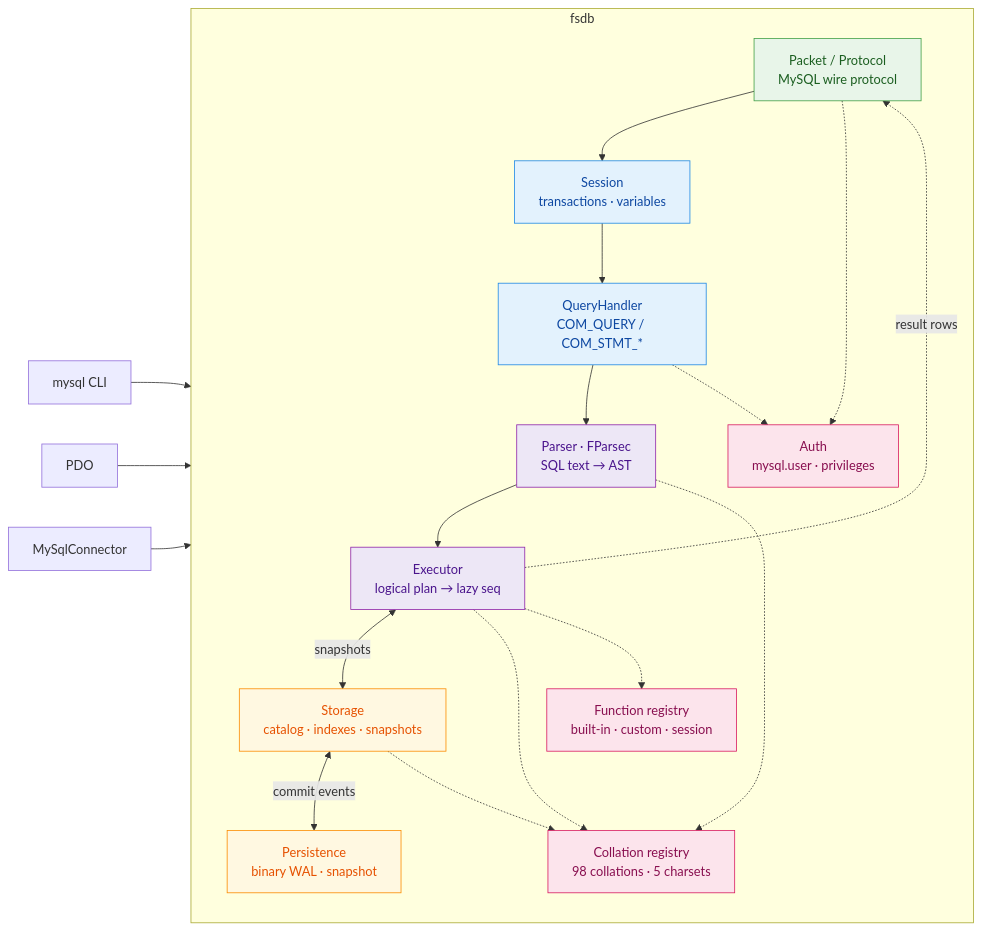
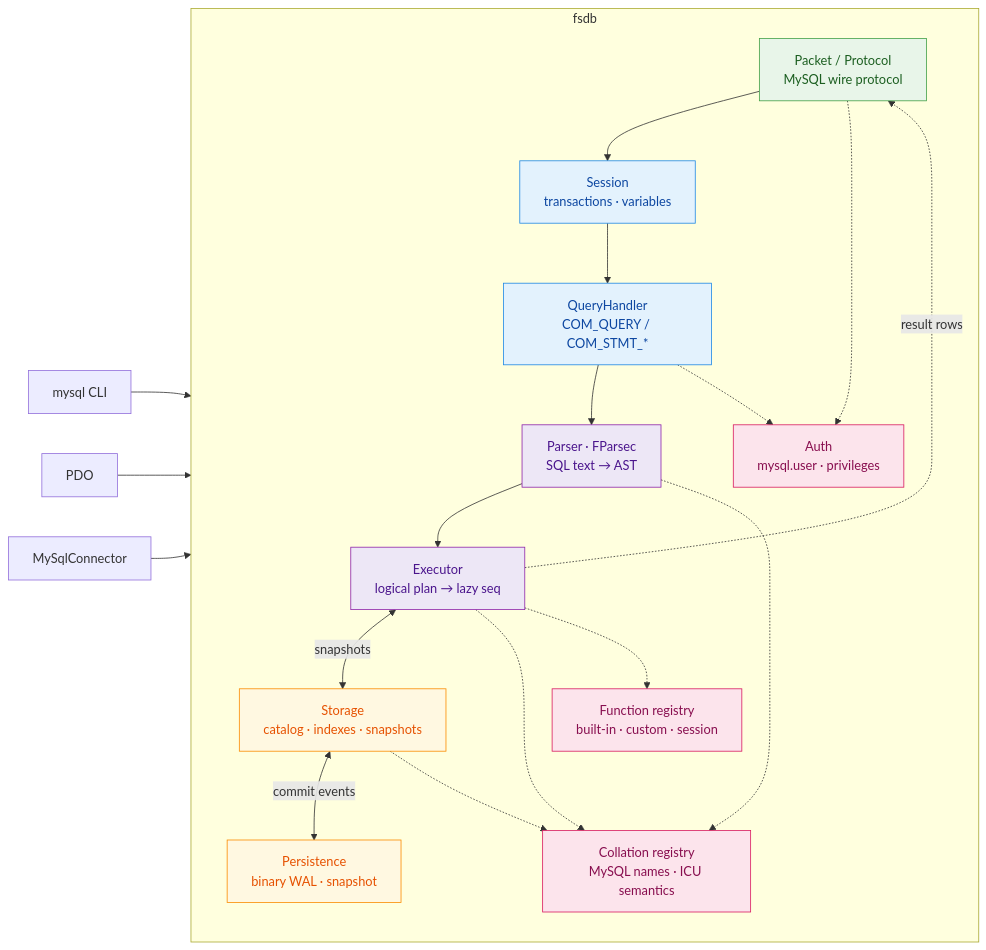
One commit to HelgeSverre/fsdb changed the diagram in README.md. Above: the diagram before and after it, drawn with Mermaid. The commit also changed 2 other files, not shown here.

Commit message:
Remove stale documentation counts

````diff
--- a/README.md
+++ b/README.md
@@ -144,40 +144,40 @@
 ```mermaid
 flowchart LR
     CLI["mysql CLI"] --> WIRE
     PDO["PDO"] --> WIRE
     CON["MySqlConnector"] --> WIRE
 
     subgraph fsdb["fsdb"]
         direction TB
 
         WIRE["Packet / Protocol<br/>MySQL wire protocol"]:::wire
         SESS["Session<br/>transactions · variables"]:::session
         QH["QueryHandler<br/>COM_QUERY / COM_STMT_*"]:::session
         PARSE["Parser · FParsec<br/>SQL text → AST"]:::plan
         EXEC["Executor<br/>logical plan → lazy seq"]:::plan
         STORE["Storage<br/>catalog · indexes · snapshots"]:::data
         WAL["Persistence<br/>binary WAL · snapshot"]:::data
 
         WIRE --> SESS --> QH --> PARSE --> EXEC
         EXEC <-->|snapshots| STORE
         STORE <-->|commit events| WAL
         EXEC -.->|result rows| WIRE
 
         AUTH["Auth<br/>mysql.user · privileges"]:::side
-        COL["Collation registry<br/>98 collations · 5 charsets"]:::side
+        COL["Collation registry<br/>MySQL names · ICU semantics"]:::side
         FN["Function registry<br/>built-in · custom · session"]:::side
 
         WIRE -.-> AUTH
         QH -.-> AUTH
         PARSE -.-> COL
         EXEC -.-> COL
         STORE -.-> COL
         EXEC -.-> FN
     end
 
     classDef wire fill:#e8f5e9,stroke:#43a047,color:#1b5e20
     classDef session fill:#e3f2fd,stroke:#1e88e5,color:#0d47a1
     classDef plan fill:#ede7f6,stroke:#8e24aa,color:#4a148c
     classDef data fill:#fff8e1,stroke:#fb8c00,color:#e65100
     classDef side fill:#fce4ec,stroke:#d81b60,color:#880e4f
 ```
````
